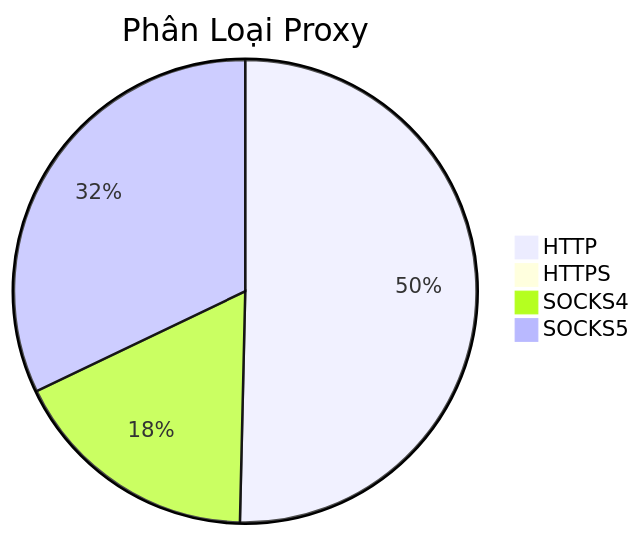
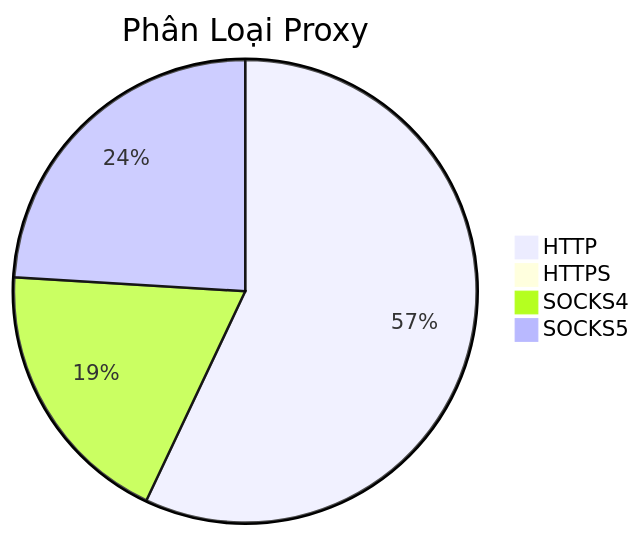
One commit to Ciara-12/PROXY-free changed the diagram in README.md. Above: the diagram before and after it, drawn with Mermaid. The commit also changed other lines of this file and 3 other files, not shown here.

````diff
--- a/README.md
+++ b/README.md
@@ -26,7 +26,7 @@
 ```mermaid
 pie title Phân Loại Proxy
-    "HTTP" : 549
+    "HTTP" : 759
     "HTTPS" : 0
-    "SOCKS4" : 191
-    "SOCKS5" : 350
+    "SOCKS4" : 252
+    "SOCKS5" : 320
 ```
````
